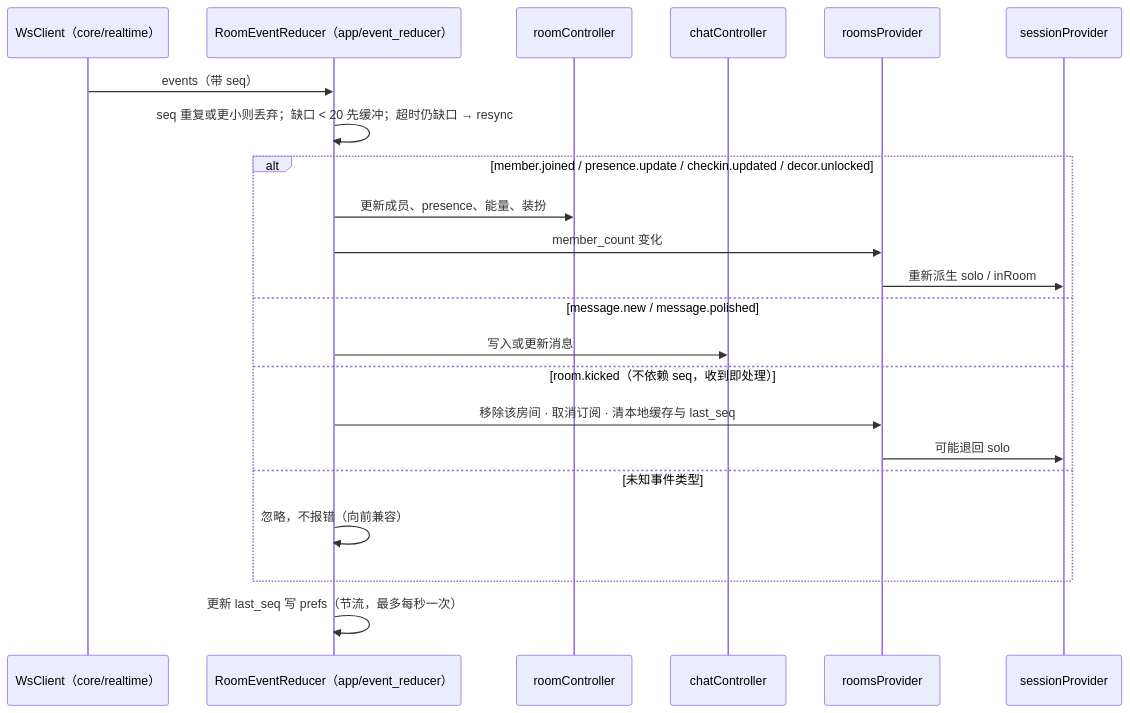
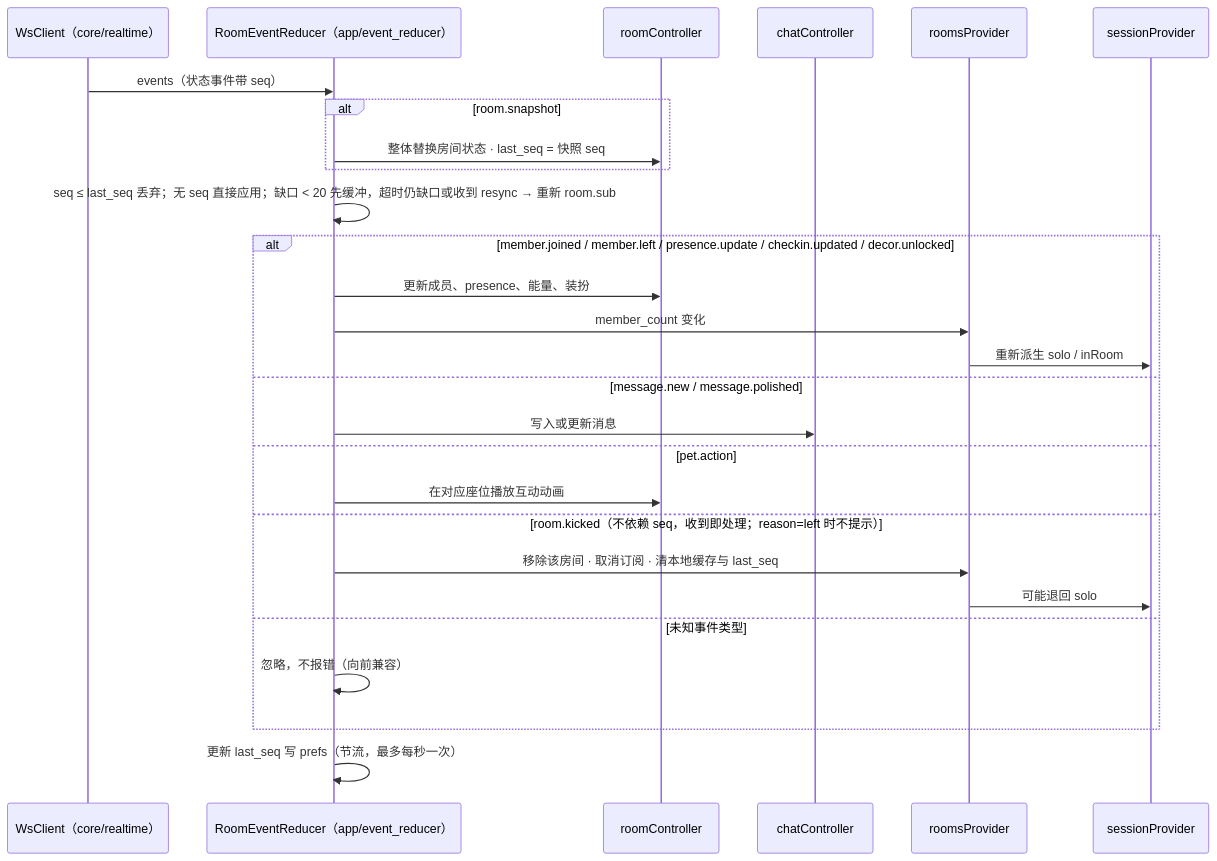
Before and after one commit to jinheng0301/PetBridge_frontend: the fifth of 6 diagrams in 前端技术设计文档（TRD）：PetBridge（Flutter）.md, drawn with Mermaid. The commit also changed other lines of this file and 2 other files, not shown here.

````diff
--- a/前端技术设计文档（TRD）：PetBridge（Flutter）.md
+++ b/前端技术设计文档（TRD）：PetBridge（Flutter）.md
@@ -267,25 +269,30 @@
 ```mermaid
 sequenceDiagram
     participant WS as WsClient（core/realtime）
     participant Red as RoomEventReducer（app/event_reducer）
     participant RoomC as roomController
     participant ChatC as chatController
     participant Rooms as roomsProvider
     participant Sess as sessionProvider
 
-    WS->>Red: events（带 seq）
-    Red->>Red: seq 重复或更小则丢弃；缺口 < 20 先缓冲；超时仍缺口 → resync
-    alt member.joined / presence.update / checkin.updated / decor.unlocked
+    WS->>Red: events（状态事件带 seq）
+    alt room.snapshot
+        Red->>RoomC: 整体替换房间状态 · last_seq = 快照 seq
+    end
+    Red->>Red: seq ≤ last_seq 丢弃；无 seq 直接应用；缺口 < 20 先缓冲，超时仍缺口或收到 resync → 重新 room.sub
+    alt member.joined / member.left / presence.update / checkin.updated / decor.unlocked
         Red->>RoomC: 更新成员、presence、能量、装扮
         Red->>Rooms: member_count 变化
         Rooms->>Sess: 重新派生 solo / inRoom
     else message.new / message.polished
         Red->>ChatC: 写入或更新消息
-    else room.kicked（不依赖 seq，收到即处理）
+    else pet.action
+        Red->>RoomC: 在对应座位播放互动动画
+    else room.kicked（不依赖 seq，收到即处理；reason=left 时不提示）
         Red->>Rooms: 移除该房间 · 取消订阅 · 清本地缓存与 last_seq
         Rooms->>Sess: 可能退回 solo
     else 未知事件类型
         Red->>Red: 忽略，不报错（向前兼容）
     end
     Red->>Red: 更新 last_seq 写 prefs（节流，最多每秒一次）
 ```
````
